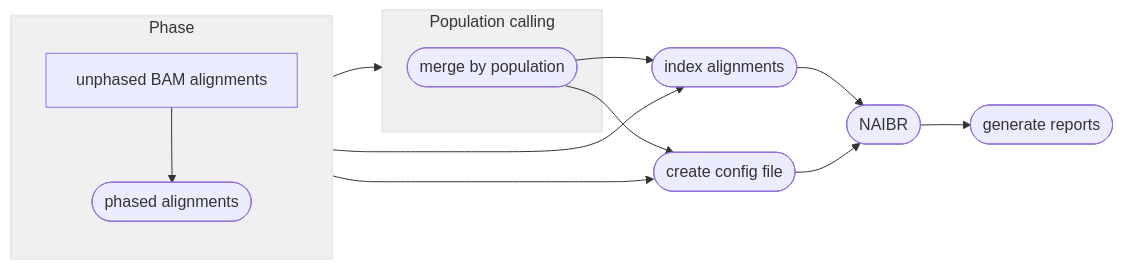
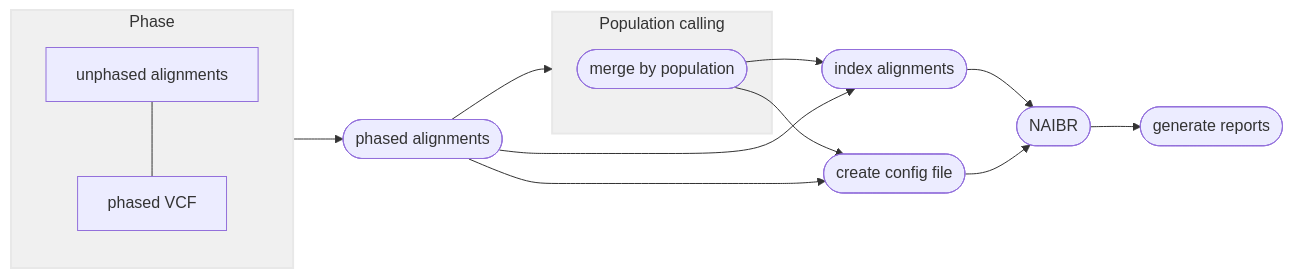
Before and after one commit to pdimens/harpy: the second of 2 diagrams in Modules/SV/naibr.md, drawn with Mermaid. The commit also changed other lines of this file and 8 other files, not shown here.

````diff
--- a/Modules/SV/naibr.md
+++ b/Modules/SV/naibr.md
@@ -137,19 +137,20 @@
 ```mermaid
 graph LR
     subgraph id1 ["Phase"]
-    aln[unphased BAM alignments]-->phased([phased alignments])
+    aln[unphased alignments]---vcf[phased VCF]
     end
+    id1-->phased([phased alignments])
     subgraph id2 ["Population calling"]
     popsplit([merge by population])
     end
-    id1-->id2
+    phased-->id2
     popsplit-->A
-    id1-->A
+    phased-->A
     A([index alignments]) --> B([NAIBR])
     Z([create config file]) --> B
     popsplit --> Z
-    id1 --> Z
+    phased --> Z
     B-->C([generate reports])
     style id2 fill:#f0f0f0,stroke:#e8e8e8,stroke-width:2px
     style id1 fill:#f0f0f0,stroke:#e8e8e8,stroke-width:2px
 ```
````
